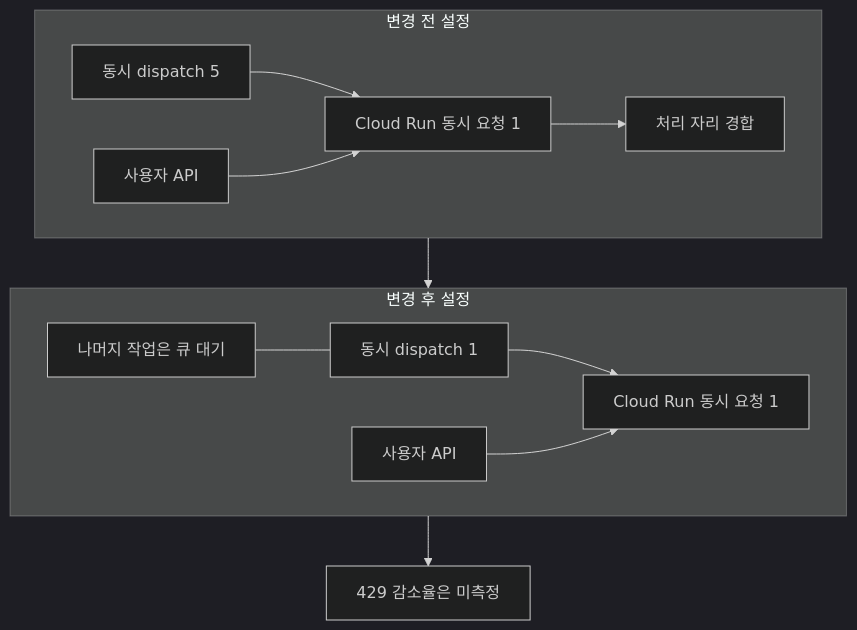
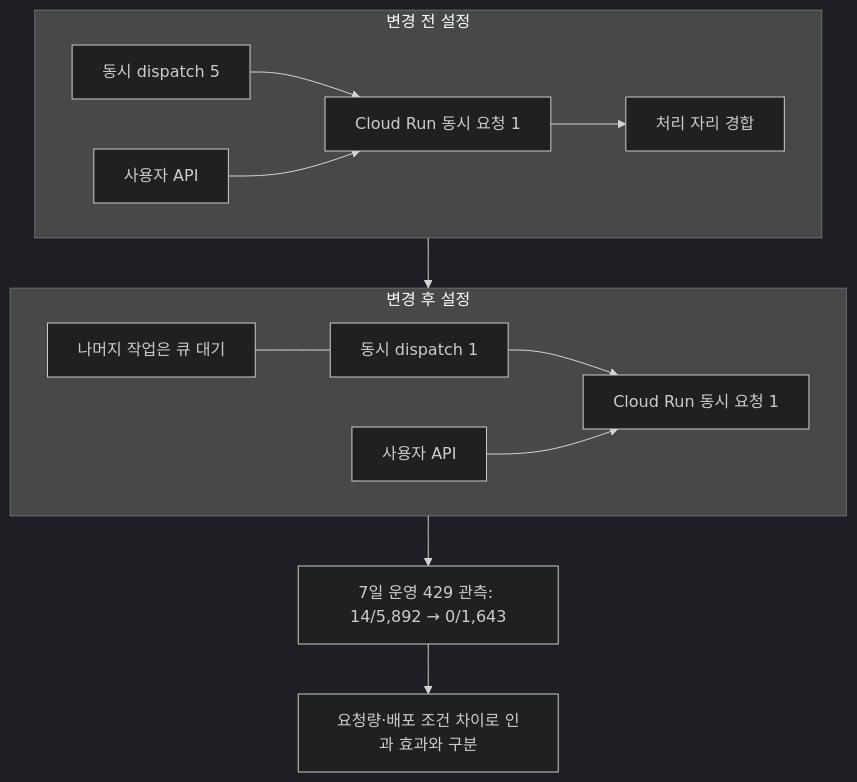
The diagram in src/diagrams/queue.mmd (labyrinth30/labyrinth30.github.io), drawn with Mermaid (dark theme) before and after one commit. The commit also changed 1 other file, not shown here.

```diff
--- a/src/diagrams/queue.mmd
+++ b/src/diagrams/queue.mmd
@@ -1,13 +1,14 @@
 flowchart TB
   subgraph B[변경 전 설정]
     BQ[동시 dispatch 5] --> BR[Cloud Run 동시 요청 1]
     BU[사용자 API] --> BR
     BR --> BE[처리 자리 경합]
   end
   subgraph A[변경 후 설정]
     AQ[동시 dispatch 1] --> AR[Cloud Run 동시 요청 1]
     AU[사용자 API] --> AR
     AW[나머지 작업은 큐 대기] --- AQ
   end
   B --> A
-  A --> M[429 감소율은 미측정]
+  A --> M["7일 운영 429 관측: 14/5,892 → 0/1,643"]
+  M --> L["요청량·배포 조건 차이로 인과 효과와 구분"]
```
